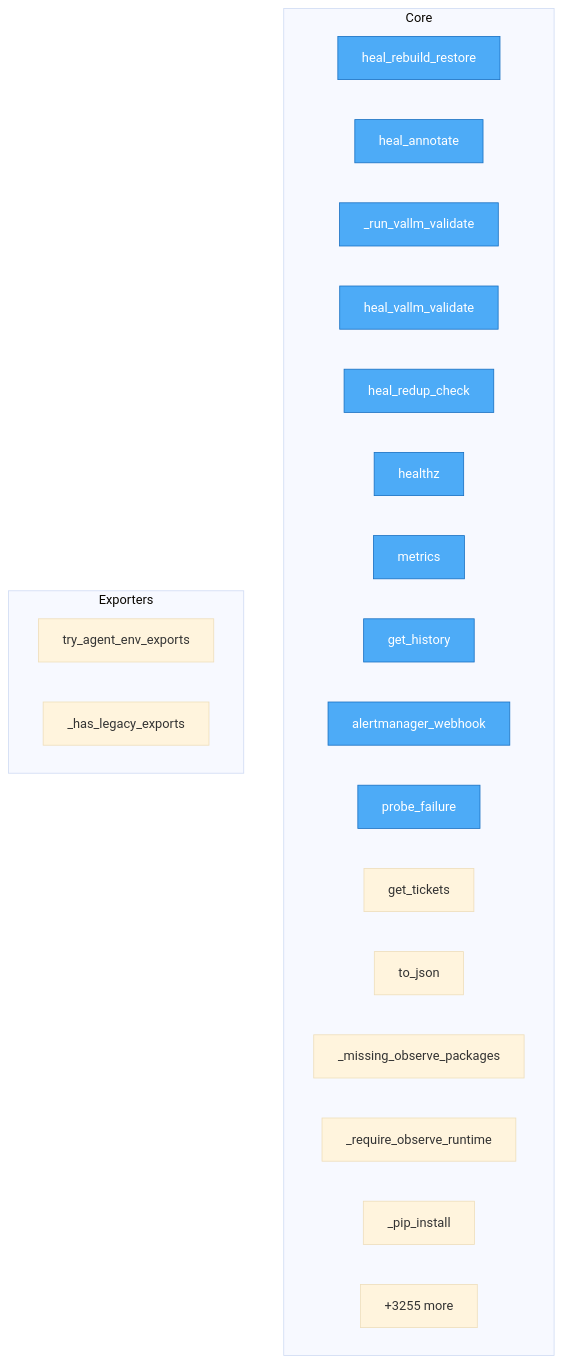
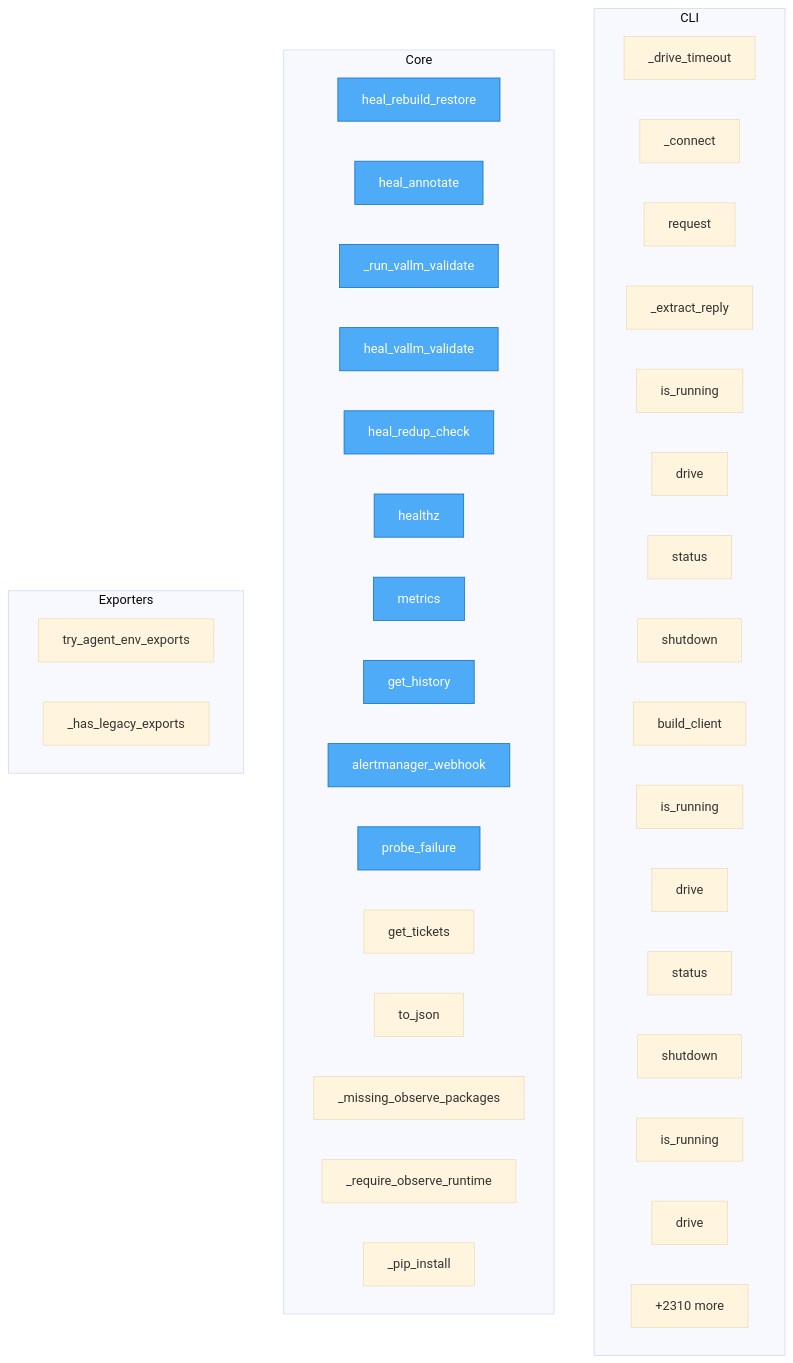
The diagram in project/flow.mmd (semcod/koru), drawn with Mermaid (base theme) before and after one commit. The commit also changed 85 other files, not shown here.

```diff
--- a/project/flow.mmd
+++ b/project/flow.mmd
@@ -1,31 +1,50 @@
 flowchart TD
-%% generated in 0.16s
+%% generated in 0.13s
 
     %% Entry points (blue)
     classDef entry fill:#4dabf7,stroke:#1971c2,color:#fff
+
+    subgraph CLI
+        koruide__client__KoruIDEClient___drive_timeout["_drive_timeout"]
+        koruide__client__KoruIDEClient___connect["_connect"]
+        koruide__client__KoruIDEClient__request["request"]
+        koruide__client__KoruIDEClient___extract_reply["_extract_reply"]
+        koruide__client__KoruIDEClient__is_running["is_running"]
+        koruide__client__KoruIDEClient__drive["drive"]
+        koruide__client__KoruIDEClient__status["status"]
+        koruide__client__KoruIDEClient__shutdown["shutdown"]
+        koruide__client__build_client["build_client"]
+        koru__ide_client__IDEControlClient__is_running["is_running"]
+        koru__ide_client__IDEControlClient__drive["drive"]
+        koru__ide_client__IDEControlClient__status["status"]
+        koru__ide_client__IDEControlClient__shutdown["shutdown"]
+        koru__ide_client__LegacyAutopilotClientAdapter__is_running["is_running"]
+        koru__ide_client__LegacyAutopilotClientAdapter__drive["drive"]
+        ...["+6 more"]
+    end
 
     subgraph Core
         services__healing_webhook__app__heal_rebuild_restore["heal_rebuild_restore"]
         services__healing_webhook__app__heal_annotate["heal_annotate"]
         services__healing_webhook__app___run_vallm_validate["_run_vallm_validate"]
         services__healing_webhook__app__heal_vallm_validate["heal_vallm_validate"]
         services__healing_webhook__app__heal_redup_check["heal_redup_check"]
         services__healing_webhook__app__healthz["healthz"]
         services__healing_webhook__app__metrics["metrics"]
         services__healing_webhook__app__get_history["get_history"]
         services__healing_webhook__app__alertmanager_webhook["alertmanager_webhook"]
         services__healing_webhook__app__probe_failure["probe_failure"]
         services__healing_webhook__app__get_tickets["get_tickets"]
         src__koruobserve__lifecycle__ObserveProcesses__to_json["to_json"]
         src__koruobserve__cli___missing_observe_packages["_missing_observe_packages"]
         src__koruobserve__cli___require_observe_runtime["_require_observe_runtime"]
         src__koruobserve__cli___pip_install["_pip_install"]
-        ...["+3255 more"]
+        ...["+2310 more"]
     end
 
     subgraph Exporters
         src__koru__agent_cli_helpers__try_agent_env_exports["try_agent_env_exports"]
         src__koru__cli___has_legacy_exports["_has_legacy_exports"]
     end
 
     class services__healing_webhook__app__heal_rebuild_restore,services__healing_webhook__app__heal_annotate,services__healing_webhook__app___run_vallm_validate,services__healing_webhook__app__heal_vallm_validate,services__healing_webhook__app__heal_redup_check,services__healing_webhook__app__healthz,services__healing_webhook__app__metrics,services__healing_webhook__app__get_history,services__healing_webhook__app__alertmanager_webhook,services__healing_webhook__app__probe_failure entry
```
